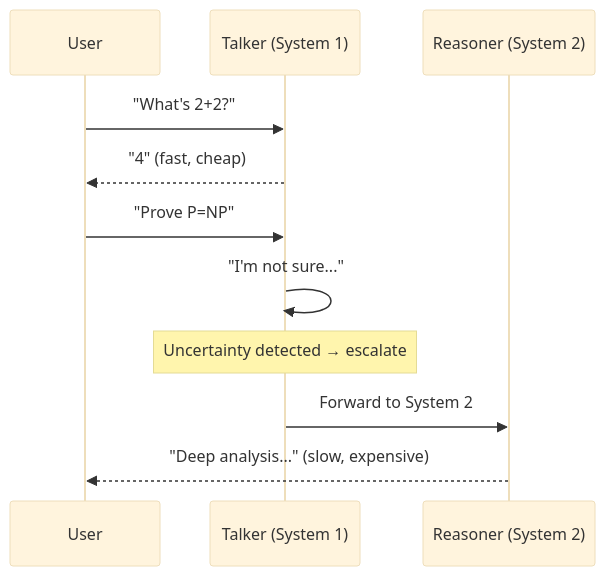
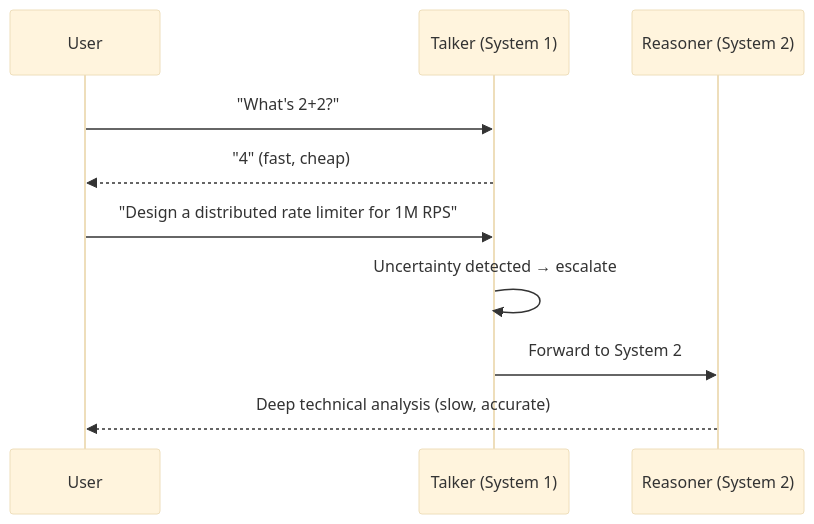
One commit to pyagent-core/pyagent changed the diagram in docs/patterns/advanced/talker-reasoner.md. Above: the diagram before and after it, drawn with Mermaid (base theme). The commit also changed other lines of this file and 152 other files, not shown here.

````diff
--- a/docs/patterns/advanced/talker-reasoner.md
+++ b/docs/patterns/advanced/talker-reasoner.md
@@ -9,15 +14,14 @@
 ```mermaid
 sequenceDiagram
     participant U as User
     participant T as Talker (System 1)
     participant R as Reasoner (System 2)
 
     U->>T: "What's 2+2?"
     T-->>U: "4" (fast, cheap)
 
-    U->>T: "Prove P=NP"
-    T->>T: "I'm not sure..."
-    Note over T: Uncertainty detected → escalate
+    U->>T: "Design a distributed rate limiter for 1M RPS"
+    T->>T: Uncertainty detected → escalate
     T->>R: Forward to System 2
-    R-->>U: "Deep analysis..." (slow, expensive)
+    R-->>U: Deep technical analysis (slow, accurate)
 ```
````
